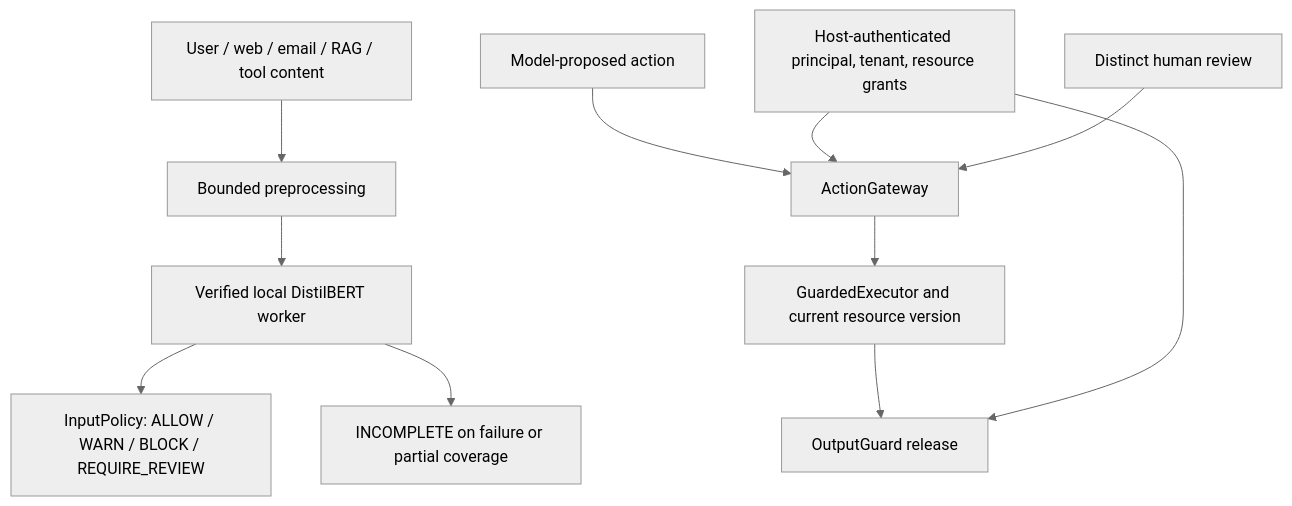
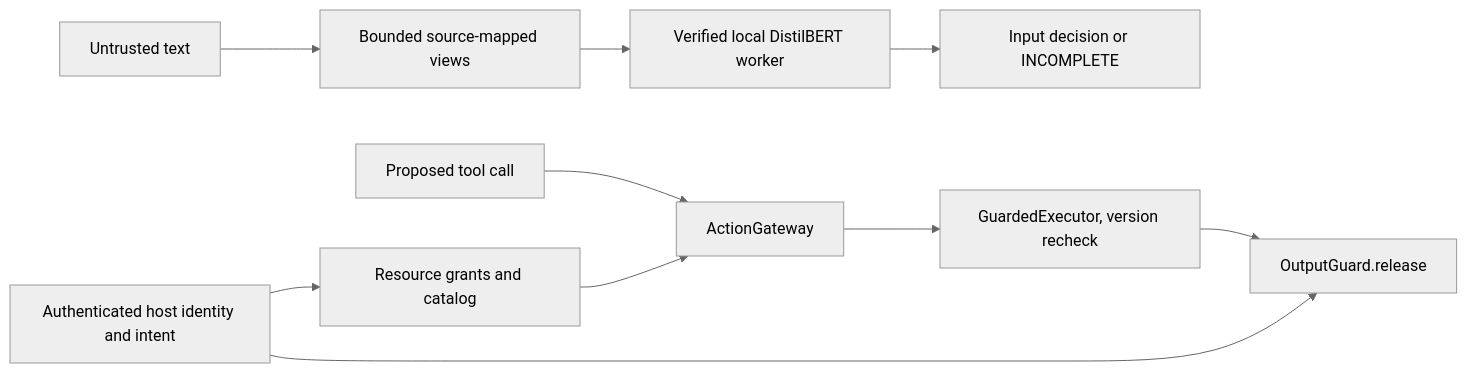
One commit to namelessweakl1ng/kjnlae changed the diagram in docs/architecture.md. Above: the diagram before and after it, drawn with Mermaid (neutral theme). The commit also changed other lines of this file and 92 other files, not shown here.

````diff
--- a/docs/architecture.md
+++ b/docs/architecture.md
@@ -3,13 +3,12 @@
 ```mermaid
-flowchart TD
-  S[User / web / email / RAG / tool content] --> P[Bounded preprocessing]
-  P --> M[Verified local DistilBERT worker]
-  M --> D[InputPolicy: ALLOW / WARN / BLOCK / REQUIRE_REVIEW]
-  M --> F[INCOMPLETE on failure or partial coverage]
-  A[Model-proposed action] --> G[ActionGateway]
-  T[Host-authenticated principal, tenant, resource grants] --> G
-  H[Distinct human review] --> G
-  G --> E[GuardedExecutor and current resource version]
-  E --> O[OutputGuard release]
-  T --> O
+flowchart LR
+  Text[Untrusted text] --> Prep[Bounded source-mapped views]
+  Prep --> Model[Verified local DistilBERT worker]
+  Model --> Policy[Input decision or INCOMPLETE]
+  Host[Authenticated host identity and intent] --> Grants[Resource grants and catalog]
+  Proposal[Proposed tool call] --> Gateway[ActionGateway]
+  Grants --> Gateway
+  Gateway --> Exec[GuardedExecutor, version recheck]
+  Exec --> Release[OutputGuard.release]
+  Host --> Release
 ```
````
